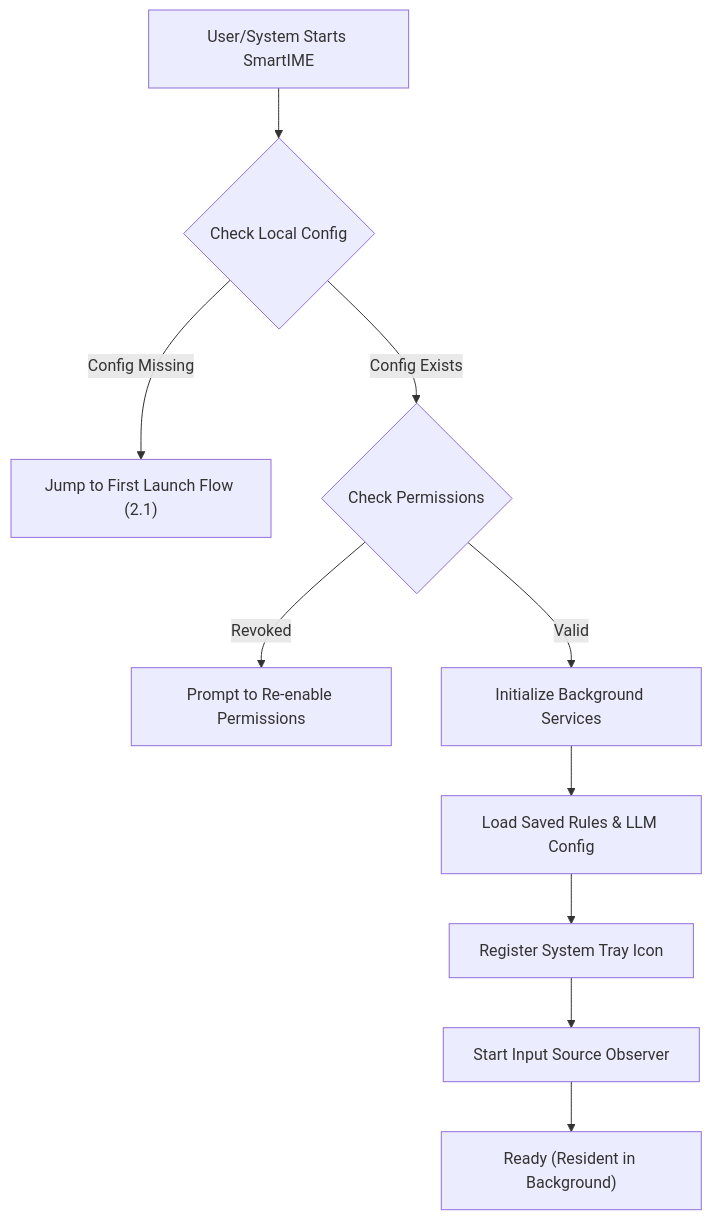
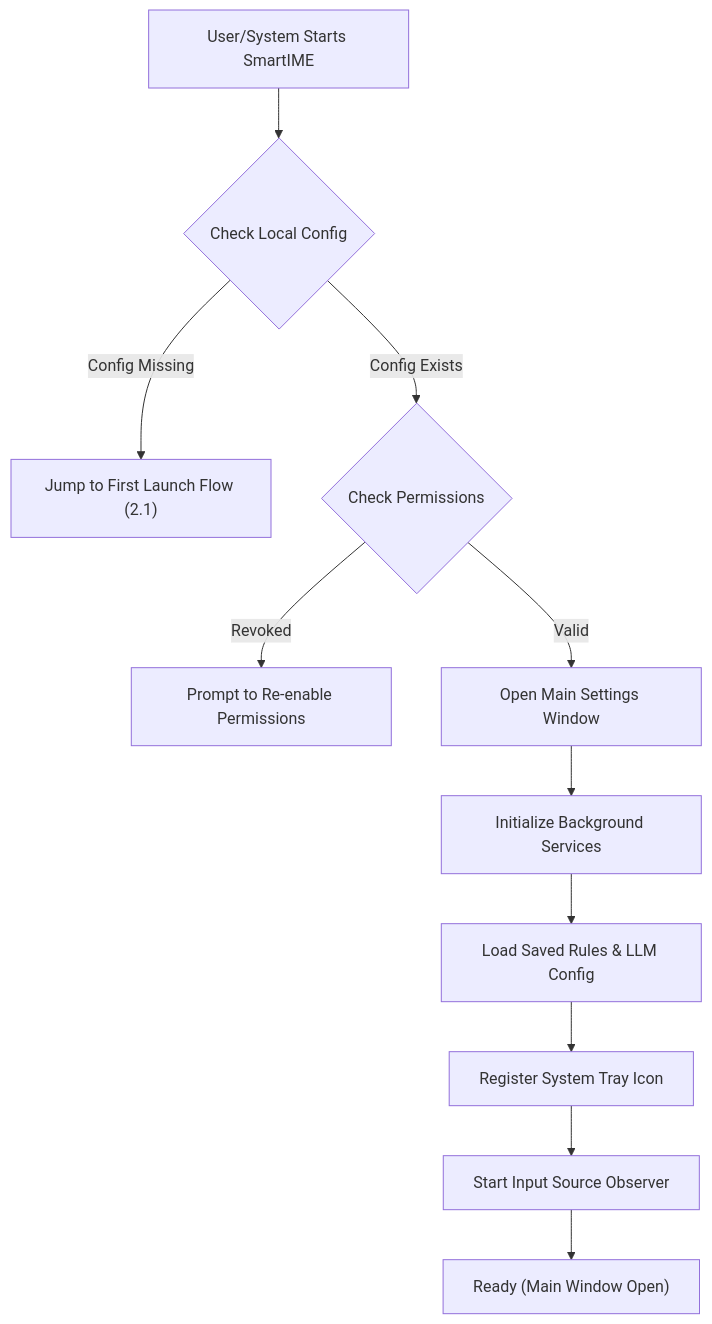
The second of 3 diagrams in REQUIREMENTS.md (SummerLiu95/SmartIME), drawn with Mermaid before and after one commit. The commit also changed other lines of this file and 1 other file, not shown here.

First line of the commit message:
docs: update technical spec and requirements for main window flow

````diff
--- a/REQUIREMENTS.md
+++ b/REQUIREMENTS.md
@@ -37,12 +37,13 @@
 ```mermaid
 graph TD
     A[User/System Starts SmartIME] --> B{Check Local Config}
     B -- Config Missing --> C["Jump to First Launch Flow (2.1)"]
     B -- Config Exists --> D{Check Permissions}
     D -- Revoked --> E[Prompt to Re-enable Permissions]
-    D -- Valid --> F[Initialize Background Services]
-    F --> G["Load Saved Rules & LLM Config"]
-    G --> H[Register System Tray Icon]
-    H --> I[Start Input Source Observer]
-    I --> J["Ready (Resident in Background)"]
+    D -- Valid --> F[Open Main Settings Window]
+    F --> G["Initialize Background Services"]
+    G --> H["Load Saved Rules & LLM Config"]
+    H --> I[Register System Tray Icon]
+    I --> J[Start Input Source Observer]
+    J --> K["Ready (Main Window Open)"]
 ```
````
